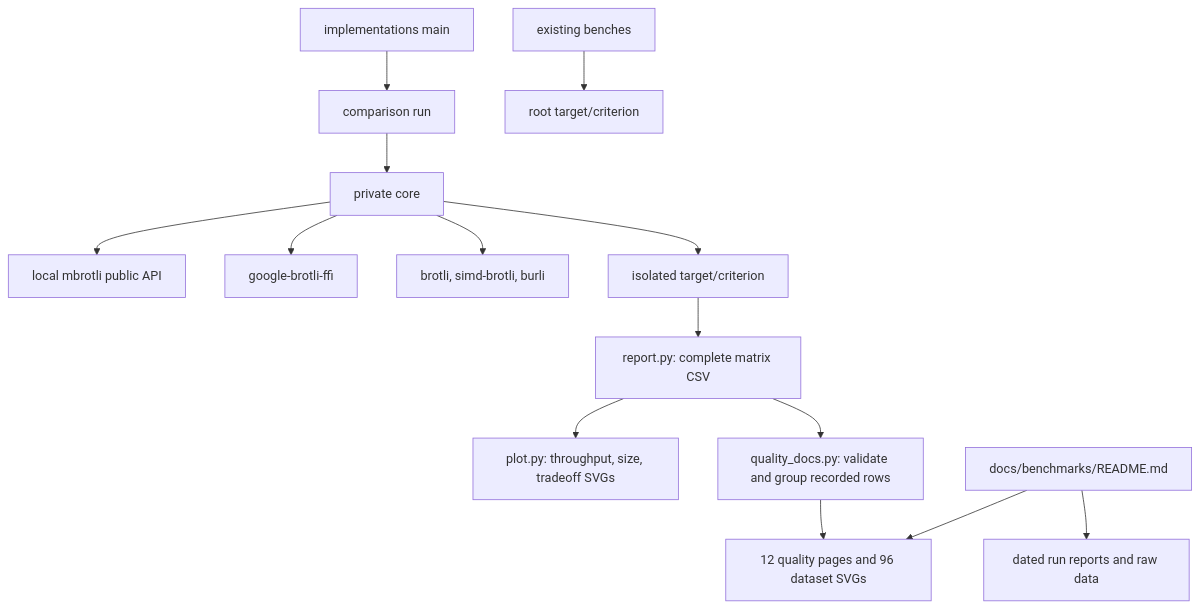
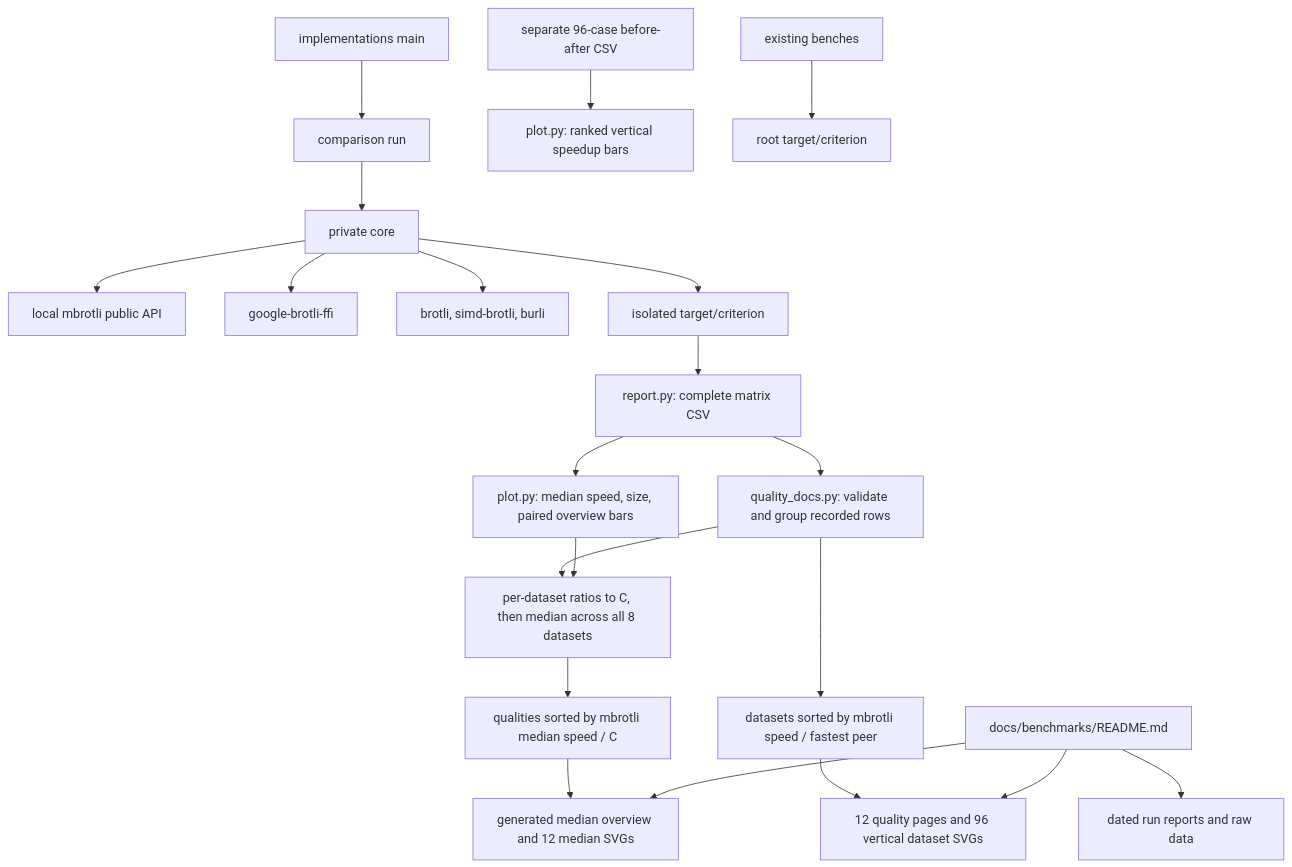
One commit to Mnwa/mbrotli changed the first of 2 diagrams in architecture/benchmark-comparison.md. Above: the diagram before and after it, drawn with Mermaid. The commit also changed other lines of this file and 139 other files, not shown here.

````diff
--- a/architecture/benchmark-comparison.md
+++ b/architecture/benchmark-comparison.md
@@ -11,16 +11,23 @@
 ```mermaid
 graph TD
     Bench[implementations main] --> Run[comparison run]
     Run --> Core[private core]
     Core --> API[local mbrotli public API]
     Core --> C[google-brotli-ffi]
     Core --> Competitors[brotli, simd-brotli, burli]
     Core --> Criterion[isolated target/criterion]
     Criterion --> Export[report.py: complete matrix CSV]
-    Export --> Plot[plot.py: throughput, size, tradeoff SVGs]
+    Export --> Plot[plot.py: median speed, size, paired overview bars]
     Export --> QualityDocs[quality_docs.py: validate and group recorded rows]
-    QualityDocs --> Pages[12 quality pages and 96 dataset SVGs]
+    QualityDocs --> Medians[per-dataset ratios to C, then median across all 8 datasets]
+    Medians --> Order[qualities sorted by mbrotli median speed / C]
+    Order --> Overview[generated median overview and 12 median SVGs]
+    QualityDocs --> Rank[datasets sorted by mbrotli speed / fastest peer]
+    Rank --> Pages[12 quality pages and 96 vertical dataset SVGs]
+    Plot --> Medians
+    Matched[separate 96-case before-after CSV] --> BeforeAfter[plot.py: ranked vertical speedup bars]
     Index[docs/benchmarks/README.md] --> Pages
+    Index --> Overview
     Index --> Reports[dated run reports and raw data]
     Old[existing benches] --> OldResults[root target/criterion]
 ```
````
